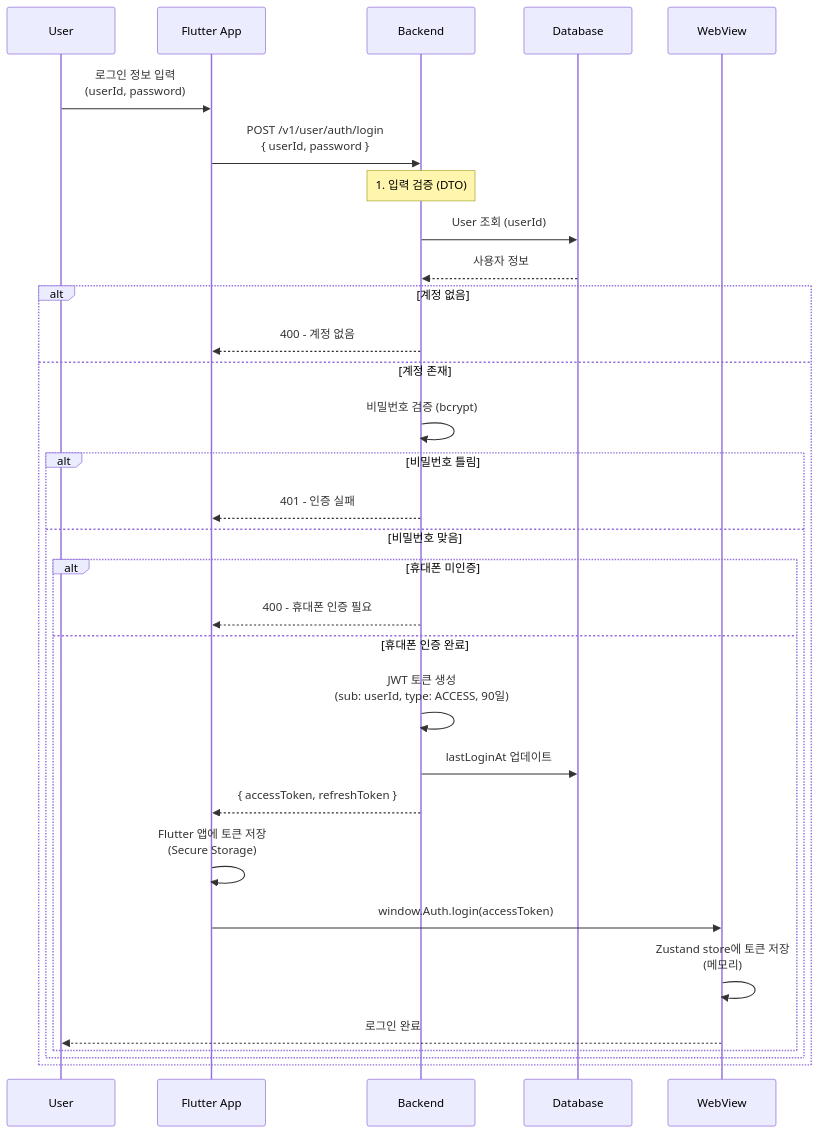
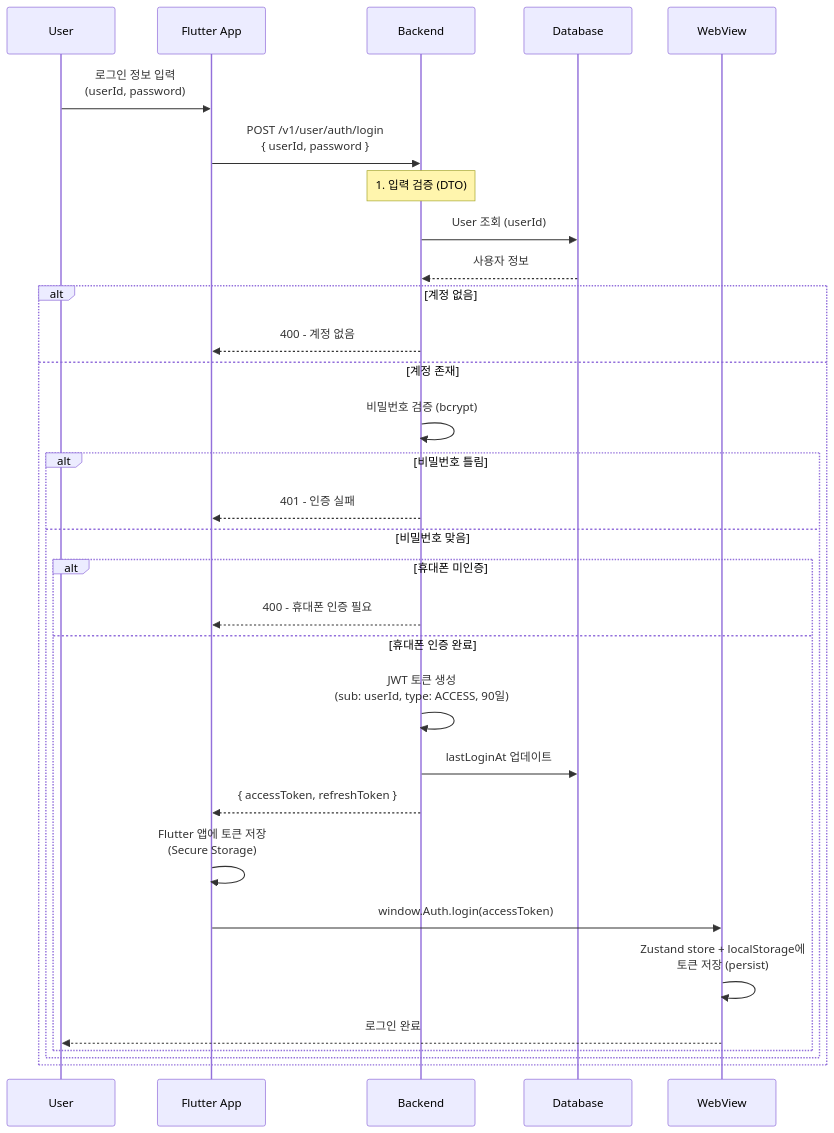
The first of 5 diagrams in docs/common/feature/사용자 - 웹뷰 인증.md (picake-team/picake-engineering-backend), drawn with Mermaid before and after one commit. The commit also changed other lines of this file, not shown here.

````diff
--- a/docs/common/feature/사용자 - 웹뷰 인증.md
+++ b/docs/common/feature/사용자 - 웹뷰 인증.md
@@ -18,37 +18,37 @@
 ```mermaid
 sequenceDiagram
     participant U as User
     participant F as Flutter App
     participant B as Backend
     participant DB as Database
     participant W as WebView
 
     U->>F: 로그인 정보 입력<br/>(userId, password)
     F->>B: POST /v1/user/auth/login<br/>{ userId, password }
 
     Note over B: 1. 입력 검증 (DTO)
     B->>DB: User 조회 (userId)
     DB-->>B: 사용자 정보
 
     alt 계정 없음
         B-->>F: 400 - 계정 없음
     else 계정 존재
         B->>B: 비밀번호 검증 (bcrypt)
         alt 비밀번호 틀림
             B-->>F: 401 - 인증 실패
         else 비밀번호 맞음
             alt 휴대폰 미인증
                 B-->>F: 400 - 휴대폰 인증 필요
             else 휴대폰 인증 완료
                 B->>B: JWT 토큰 생성<br/>(sub: userId, type: ACCESS, 90일)
                 B->>DB: lastLoginAt 업데이트
                 B-->>F: { accessToken, refreshToken }
 
                 F->>F: Flutter 앱에 토큰 저장<br/>(Secure Storage)
                 F->>W: window.Auth.login(accessToken)
-                W->>W: Zustand store에 토큰 저장<br/>(메모리)
+                W->>W: Zustand store + localStorage에<br/>토큰 저장 (persist)
                 W-->>U: 로그인 완료
             end
         end
     end
 ```
````
